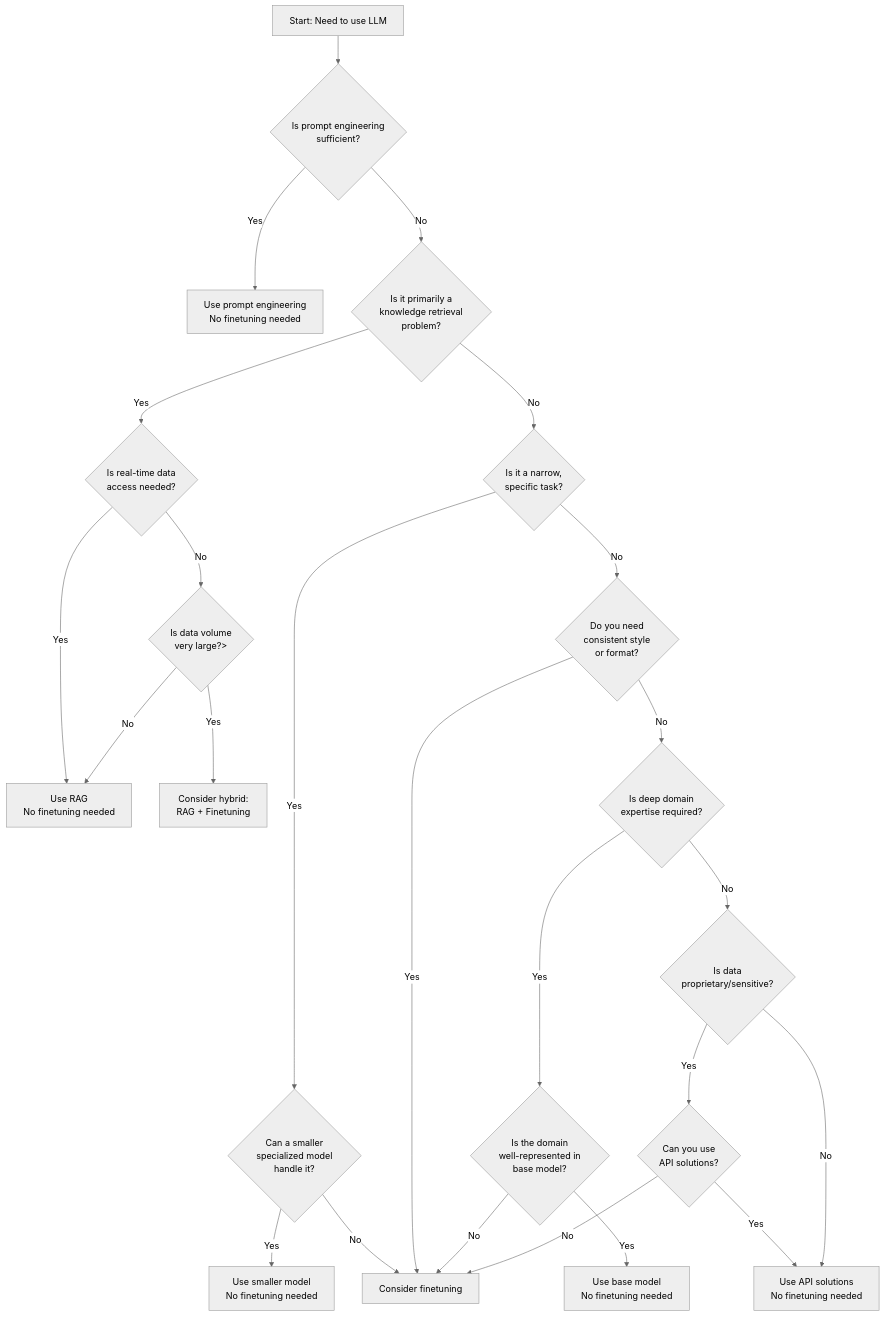
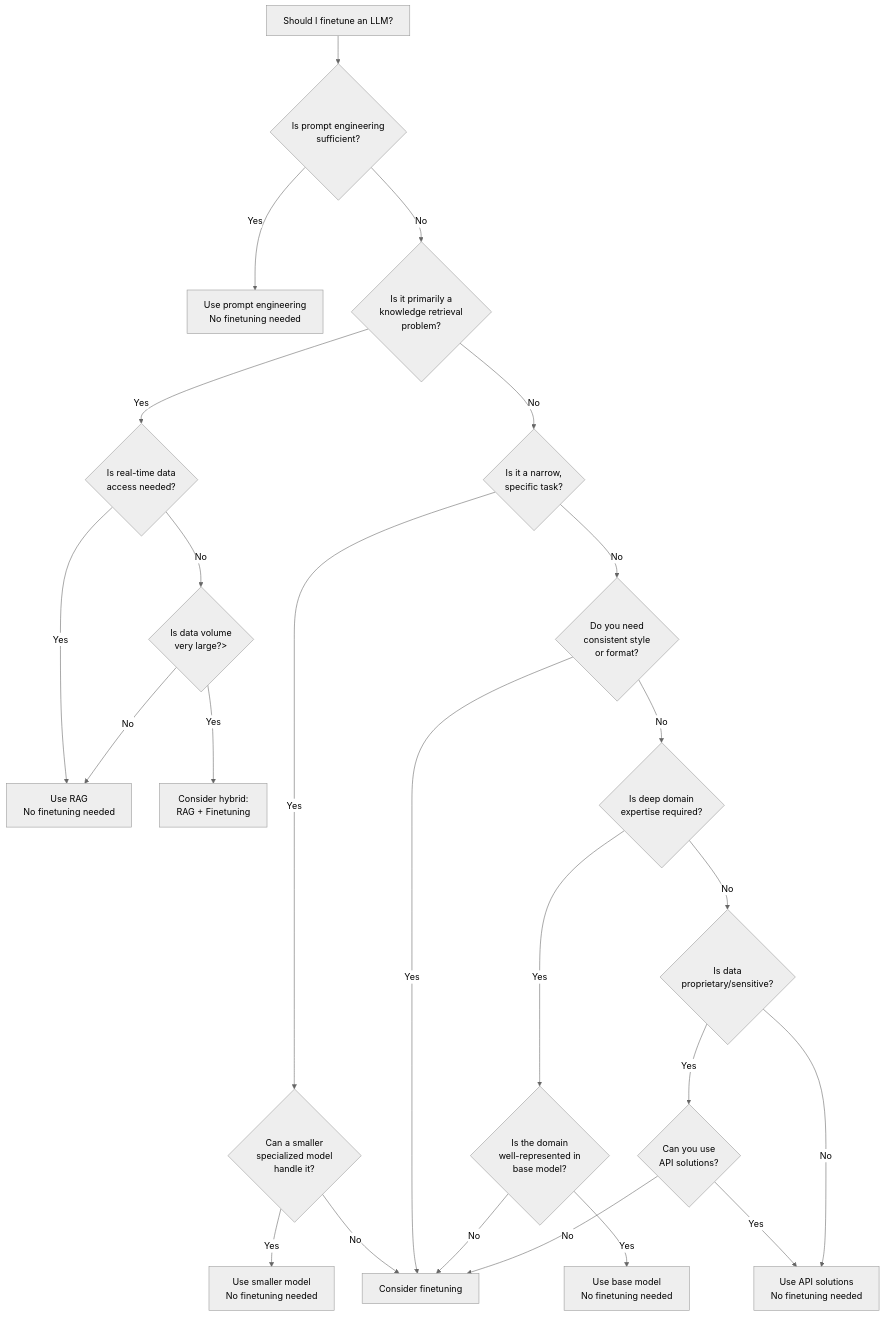
One commit to zenml-io/zenml changed the diagram in docs/book/user-guide/llmops-guide/finetuning-llms/why-and-when-to-finetune-llms.md. Above: the diagram before and after it, drawn with Mermaid (neutral theme).

Commit message:
fix mermaid title

````diff
--- a/docs/book/user-guide/llmops-guide/finetuning-llms/why-and-when-to-finetune-llms.md
+++ b/docs/book/user-guide/llmops-guide/finetuning-llms/why-and-when-to-finetune-llms.md
@@ -40,31 +40,31 @@
 ```mermaid
 flowchart TD
-    A[Start: Need to use LLM] --> B{Is prompt engineering<br/>sufficient?}
+    A[Should I finetune an LLM?] --> B{Is prompt engineering<br/>sufficient?}
     B -->|Yes| C[Use prompt engineering<br/>No finetuning needed]
     B -->|No| D{Is it primarily a<br/>knowledge retrieval<br/>problem?}
     
     D -->|Yes| E{Is real-time data<br/>access needed?}
     E -->|Yes| F[Use RAG<br/>No finetuning needed]
     E -->|No| G{Is data volume<br/>very large?>}
     G -->|Yes| H[Consider hybrid:<br/>RAG + Finetuning]
     G -->|No| F
     
     D -->|No| I{Is it a narrow,<br/>specific task?}
     I -->|Yes| J{Can a smaller<br/>specialized model<br/>handle it?}
     J -->|Yes| K[Use smaller model<br/>No finetuning needed]
     J -->|No| L[Consider finetuning]
     
     I -->|No| M{Do you need<br/>consistent style<br/>or format?}
     M -->|Yes| L
     M -->|No| N{Is deep domain<br/>expertise required?}
     
     N -->|Yes| O{Is the domain<br/>well-represented in<br/>base model?}
     O -->|Yes| P[Use base model<br/>No finetuning needed]
     O -->|No| L
     
     N -->|No| Q{Is data<br/>proprietary/sensitive?}
     Q -->|Yes| R{Can you use<br/>API solutions?}
     R -->|Yes| S[Use API solutions<br/>No finetuning needed]
     R -->|No| L
     Q -->|No| S
 ```
````
